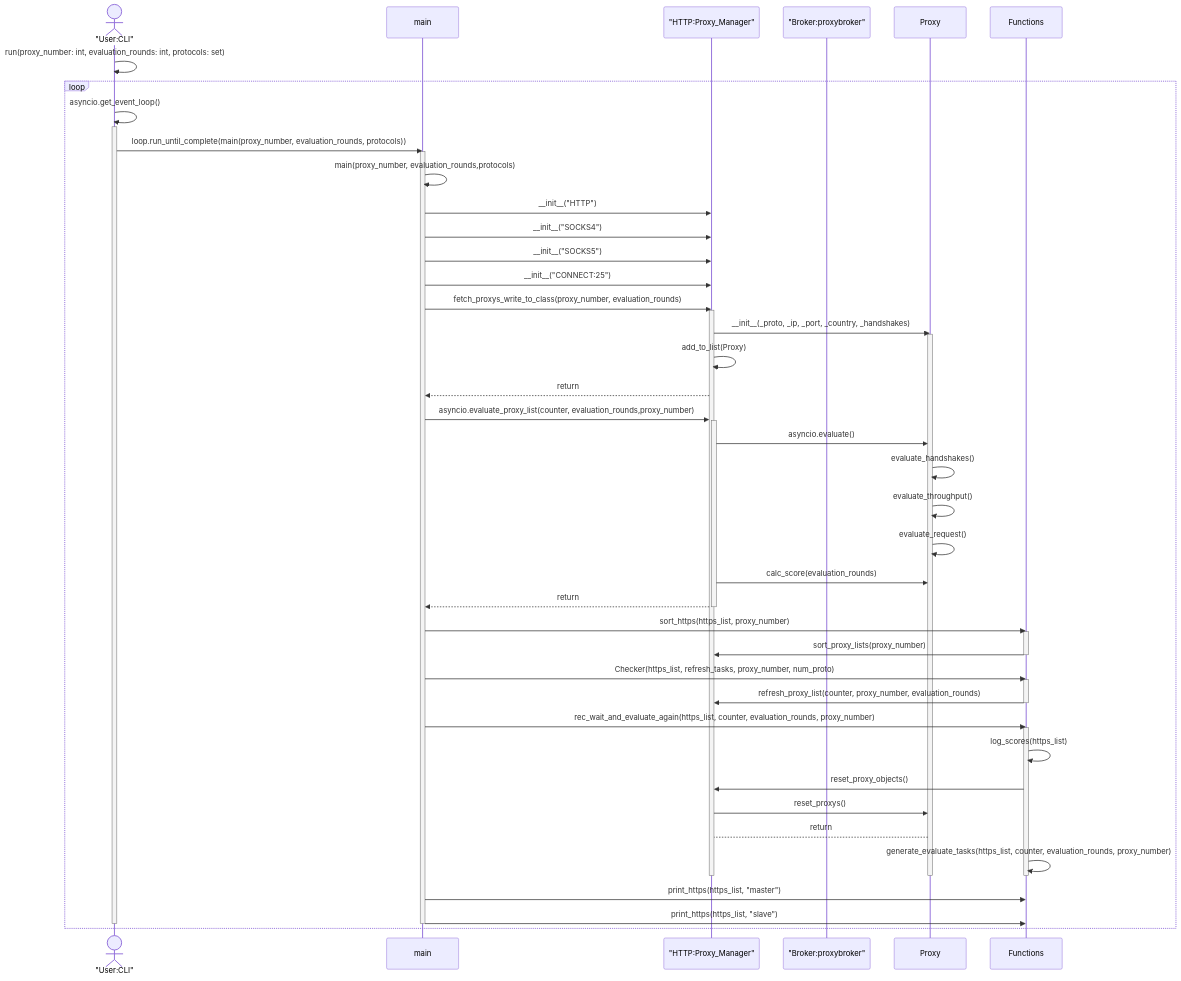
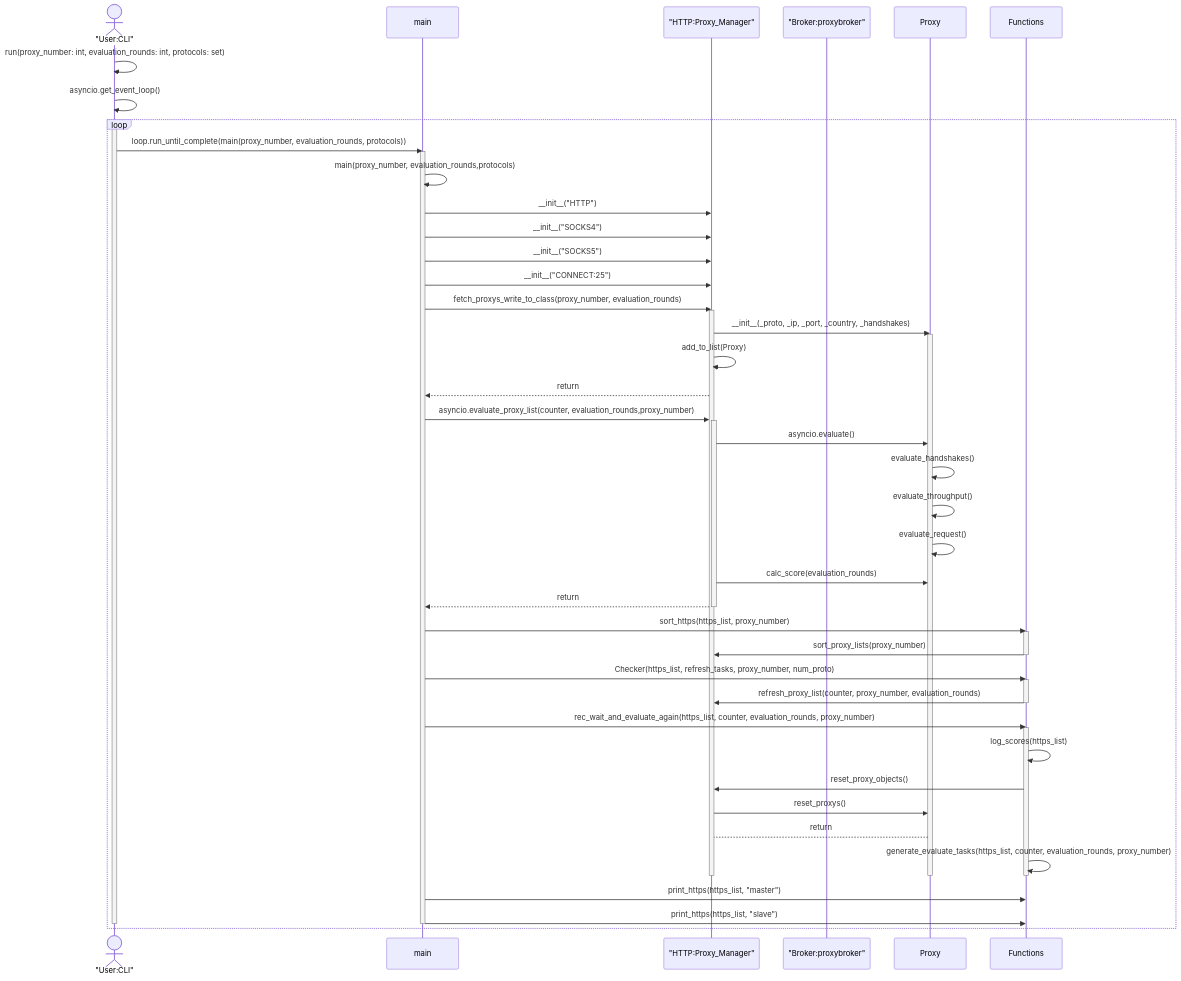
One commit to quintuscodes/Proxy-Reliability-using-Proxybroker2 changed the second of 2 diagrams in README.md. Above: the diagram before and after it, drawn with Mermaid.

Commit message:
README.md

````diff
--- a/README.md
+++ b/README.md
@@ -84,67 +84,67 @@
 ```mermaid 
 
 sequenceDiagram
     actor CLI as "User:CLI"
     participant main
     participant http as "HTTP:Proxy_Manager"
     participant broker as "Broker:proxybroker"
     participant Proxy
     participant Functions
 
     
     CLI->>CLI: run(proxy_number: int, evaluation_rounds: int, protocols: set)
+    CLI->>CLI: asyncio.get_event_loop()
     loop
-      CLI->>CLI: asyncio.get_event_loop()
       activate CLI
       CLI->>main: loop.run_until_complete(main(proxy_number, evaluation_rounds, protocols))
       activate main
       main->>main: main(proxy_number, evaluation_rounds,protocols)
       
       main->>http: __init__("HTTP")
       main->>http: __init__("SOCKS4")
       main->>http: __init__("SOCKS5")
       main->>http: __init__("CONNECT:25")
       main->>http:fetch_proxys_write_to_class(proxy_number, evaluation_rounds)
       activate http
       http->>Proxy: __init__(_proto, _ip, _port, _country, _handshakes)
       activate Proxy
       http->>http: add_to_list(Proxy)
       http-->>main: return
       
 
       main->>http: asyncio.evaluate_proxy_list(counter, evaluation_rounds,proxy_number)
       activate http
       http->>Proxy: asyncio.evaluate()
       Proxy->>Proxy: evaluate_handshakes()
       Proxy->>Proxy: evaluate_throughput()
       Proxy->>Proxy: evaluate_request()
       http->>Proxy: calc_score(evaluation_rounds)
       http-->>main: return
       deactivate http
 
       main->>Functions: sort_https(https_list, proxy_number)
       activate Functions
       Functions->>http: sort_proxy_lists(proxy_number)
       deactivate Functions
 
       main->>Functions: Checker(https_list, refresh_tasks, proxy_number, num_proto)
       activate Functions
       Functions->>http: refresh_proxy_list(counter, proxy_number, evaluation_rounds)
       deactivate Functions
 
       main->>Functions: rec_wait_and_evaluate_again(https_list, counter, evaluation_rounds, proxy_number)
       activate Functions
       Functions->>Functions: log_scores(https_list)
       Functions->>http: reset_proxy_objects()
       http ->> Proxy: reset_proxys()
       Proxy--> http: return
       Functions->>Functions: generate_evaluate_tasks(https_list, counter, evaluation_rounds, proxy_number)
       deactivate Functions
       deactivate http
       deactivate Proxy
       main->>Functions: print_https(https_list, "master")
       main->>Functions: print_https(https_list, "slave")
       deactivate main
       deactivate CLI
     end
 ```
````
